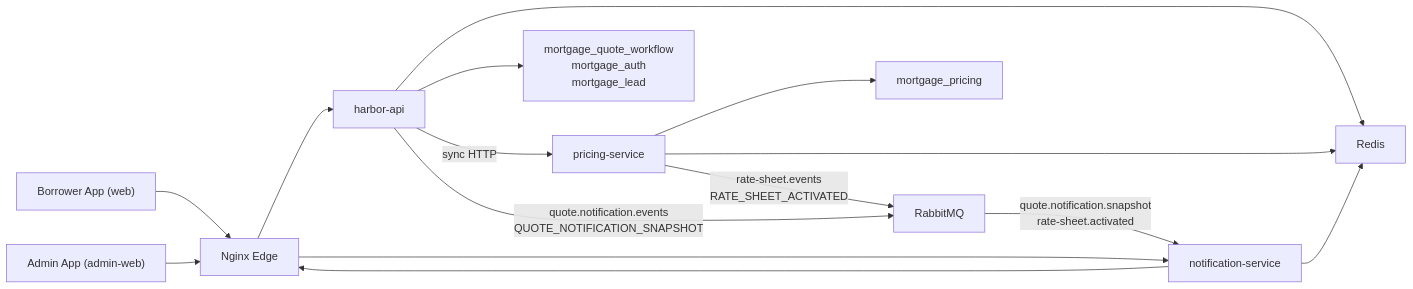
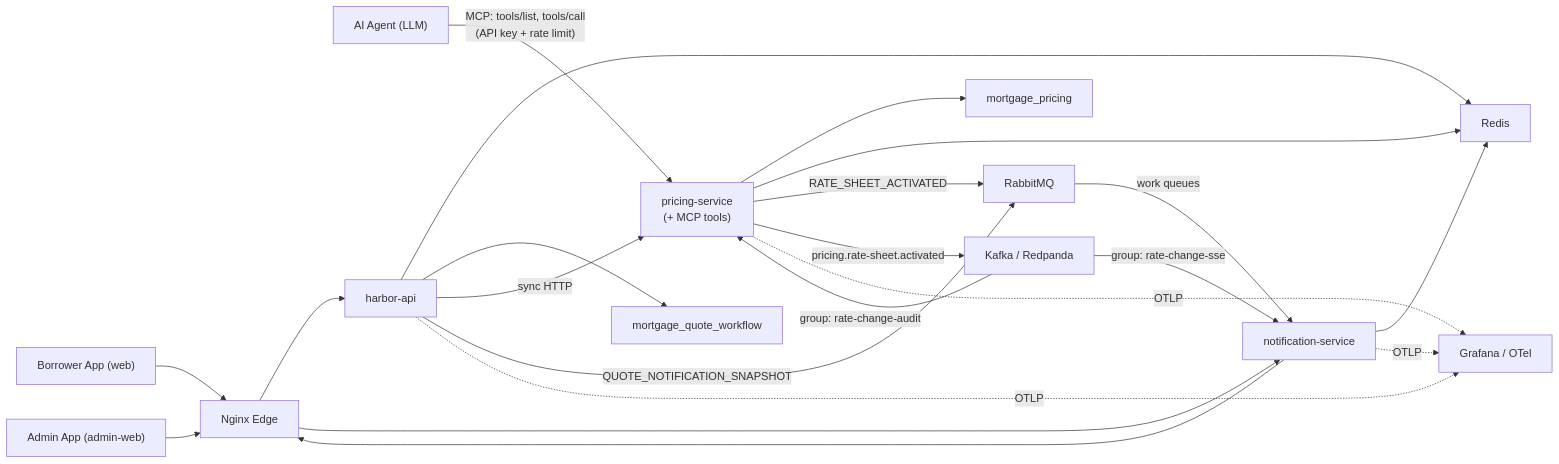
Before and after one commit to JayCodesX/harbor-loan-quote: the diagram in README.md, drawn with Mermaid. The commit also changed other lines of this file and 11 other files, not shown here.

````diff
--- a/README.md
+++ b/README.md
@@ -38,17 +45,24 @@
 ```mermaid
 flowchart LR
     B["Borrower App (web)"] --> E["Nginx Edge"]
     A["Admin App (admin-web)"] --> E
+    AGENT["AI Agent (LLM)"] -->|"MCP: tools/list, tools/call\n(API key + rate limit)"| PRICING
     E --> API["harbor-api"]
     E --> NOTIFY["notification-service"]
     API --> REDIS["Redis"]
-    API --> MYSQL["mortgage_quote_workflow\nmortgage_auth\nmortgage_lead"]
-    API -->|"sync HTTP"| PRICING["pricing-service"]
-    API -->|"quote.notification.events\nQUOTE_NOTIFICATION_SNAPSHOT"| MQ["RabbitMQ"]
+    API --> MYSQL["mortgage_quote_workflow"]
+    API -->|"sync HTTP"| PRICING["pricing-service\n(+ MCP tools)"]
+    API -->|"QUOTE_NOTIFICATION_SNAPSHOT"| MQ["RabbitMQ"]
     PRICING --> MYSQLP["mortgage_pricing"]
     PRICING --> REDIS
-    PRICING -->|"rate-sheet.events\nRATE_SHEET_ACTIVATED"| MQ
-    MQ -->|"quote.notification.snapshot\nrate-sheet.activated"| NOTIFY
+    PRICING -->|"RATE_SHEET_ACTIVATED"| MQ
+    PRICING -->|"pricing.rate-sheet.activated"| KAFKA["Kafka / Redpanda"]
+    KAFKA -->|"group: rate-change-audit"| PRICING
+    KAFKA -->|"group: rate-change-sse"| NOTIFY
+    MQ -->|"work queues"| NOTIFY
     NOTIFY --> REDIS
     NOTIFY --> E
+    API -.->|OTLP| OTEL["Grafana / OTel"]
+    PRICING -.->|OTLP| OTEL
+    NOTIFY -.->|OTLP| OTEL
 ```
````
